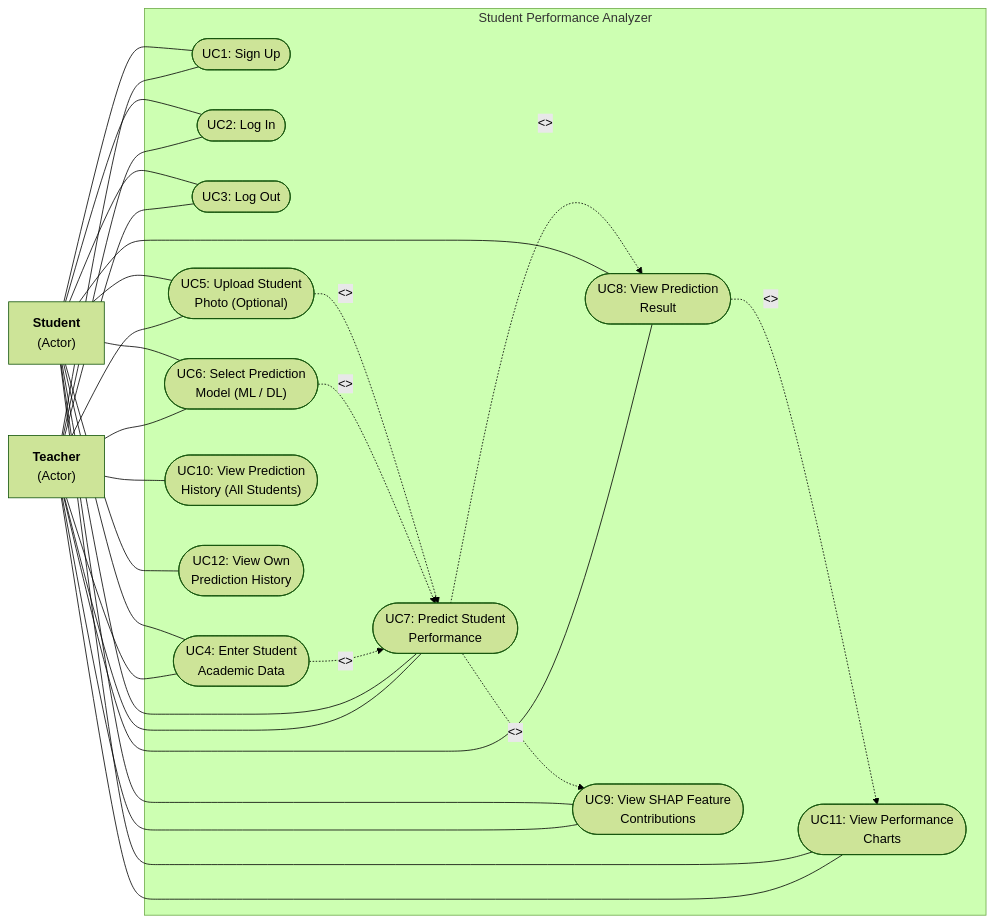
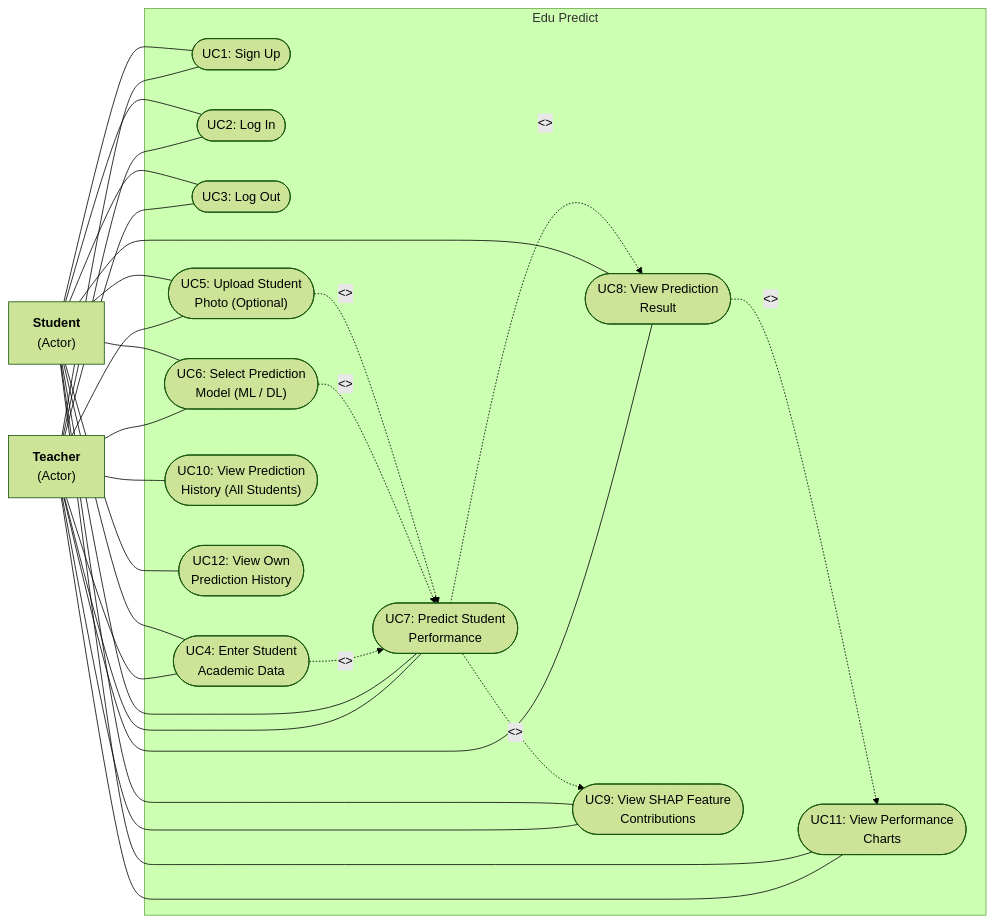
One commit to vrroshni/student-analyser changed the diagram in diagram/04_use_case_diagram.md. Above: the diagram before and after it, drawn with Mermaid (forest theme). The commit also changed other lines of this file and 18 other files, not shown here.

Commit message:
Student Performance Analyzer

````diff
--- a/diagram/04_use_case_diagram.md
+++ b/diagram/04_use_case_diagram.md
@@ -9,54 +9,54 @@
 ```mermaid
 flowchart LR
     Teacher["<b>Teacher</b>\n(Actor)"]
     Student["<b>Student</b>\n(Actor)"]
 
-    subgraph System["Student Performance Analyzer"]
+    subgraph System["Edu Predict"]
         UC1(["UC1: Sign Up"])
         UC2(["UC2: Log In"])
         UC3(["UC3: Log Out"])
         UC4(["UC4: Enter Student\nAcademic Data"])
         UC5(["UC5: Upload Student\nPhoto (Optional)"])
         UC6(["UC6: Select Prediction\nModel (ML / DL)"])
         UC7(["UC7: Predict Student\nPerformance"])
         UC8(["UC8: View Prediction\nResult"])
         UC9(["UC9: View SHAP Feature\nContributions"])
         UC10(["UC10: View Prediction\nHistory (All Students)"])
         UC12(["UC12: View Own\nPrediction History"])
         UC11(["UC11: View Performance\nCharts"])
     end
 
     %% Teacher associations
     Teacher --- UC1
     Teacher --- UC2
     Teacher --- UC3
     Teacher --- UC4
     Teacher --- UC5
     Teacher --- UC6
     Teacher --- UC7
     Teacher --- UC8
     Teacher --- UC9
     Teacher --- UC10
     Teacher --- UC11
 
     %% Student associations
     Student --- UC1
     Student --- UC2
     Student --- UC3
     Student --- UC4
     Student --- UC5
     Student --- UC6
     Student --- UC7
     Student --- UC8
     Student --- UC9
     Student --- UC12
     Student --- UC11
 
     %% Dependencies
     UC4 -.->|"<<include>>"| UC7
     UC6 -.->|"<<include>>"| UC7
     UC5 -.->|"<<extend>>"| UC7
     UC7 -.->|"<<include>>"| UC8
     UC7 -.->|"<<include>>"| UC9
     UC8 -.->|"<<include>>"| UC11
 ```
````
